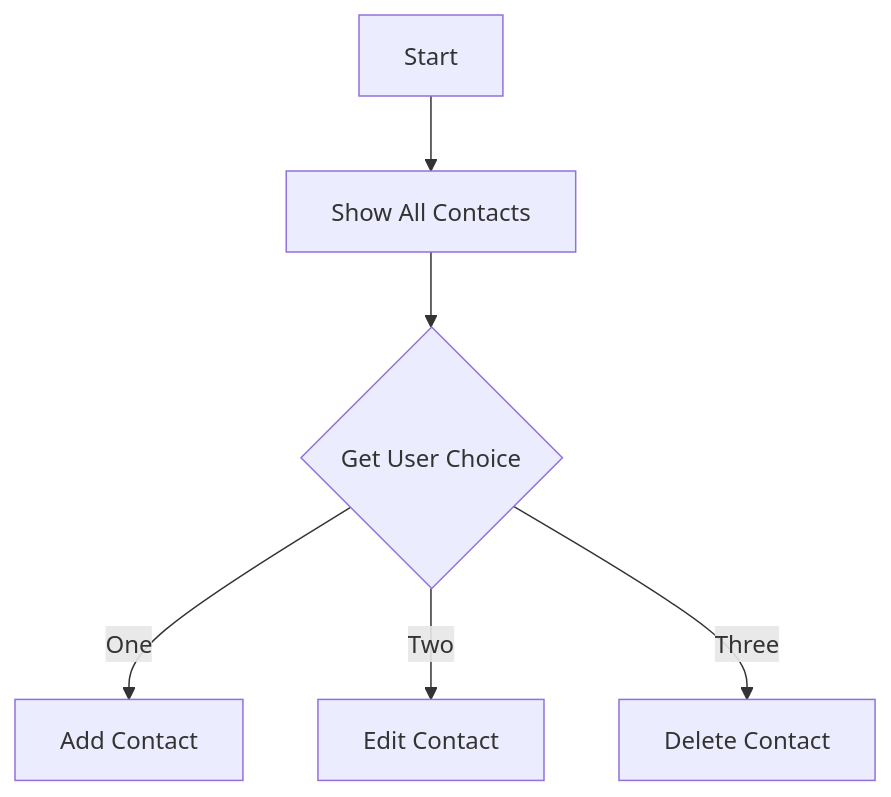
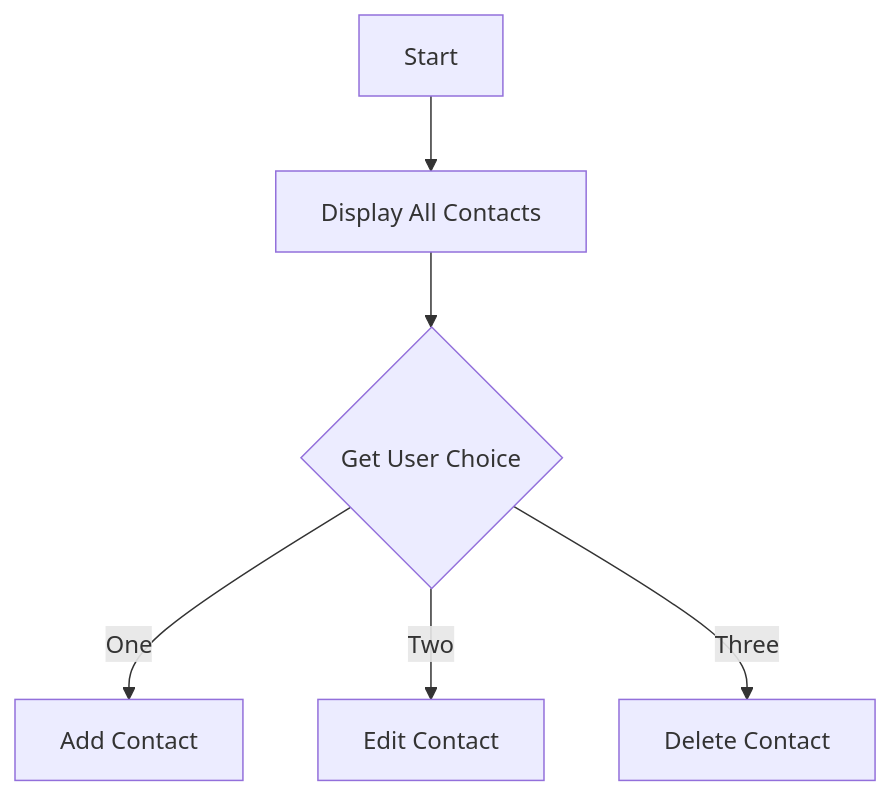
Before and after one commit to siabillalquba/customer-list: the diagram in README.md, drawn with Mermaid. The commit also changed other lines of this file and 1 other file, not shown here.

````diff
--- a/README.md
+++ b/README.md
@@ -14,8 +14,8 @@
 ```mermaid
   graph TD;
-    A[Start]-->B[Show All Contacts];
+    A[Start]-->B[Display All Contacts];
     B-->C{Get User Choice };
     C-->|One| D[Add Contact];
     C-->|Two| E[Edit Contact];
     C-->|Three| F[Delete Contact];
 ```
````
